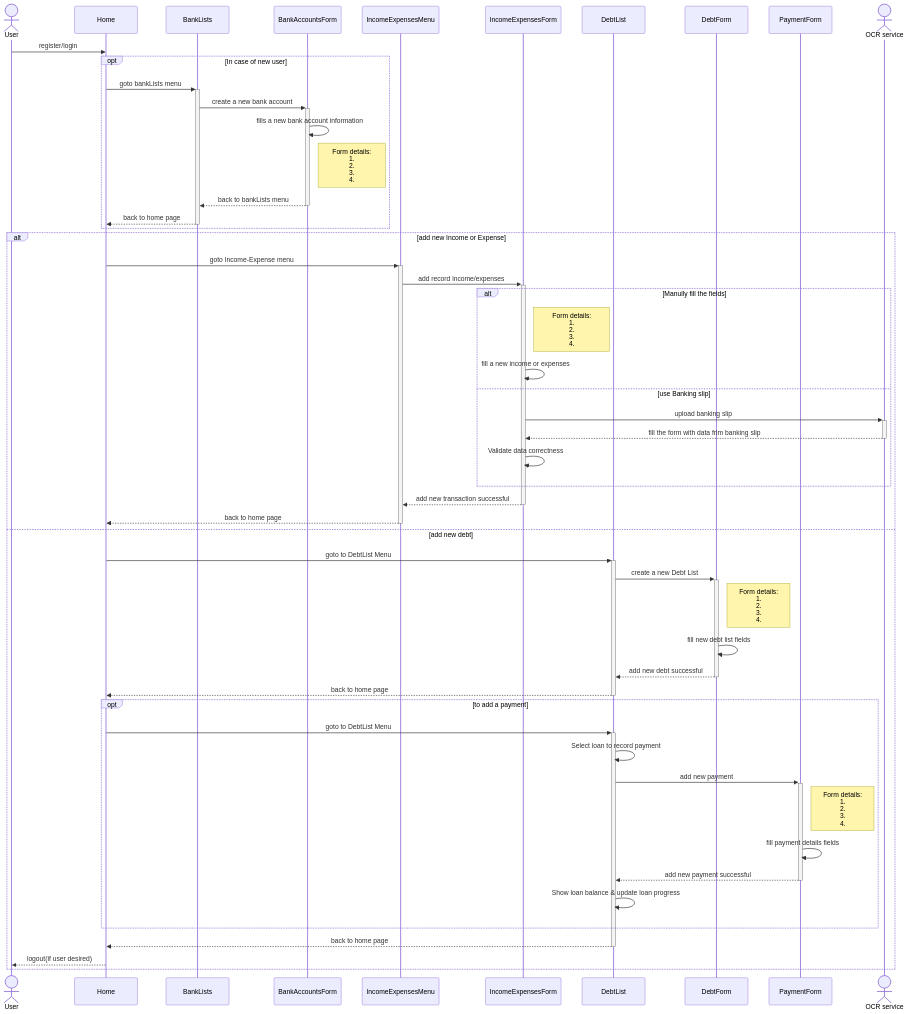
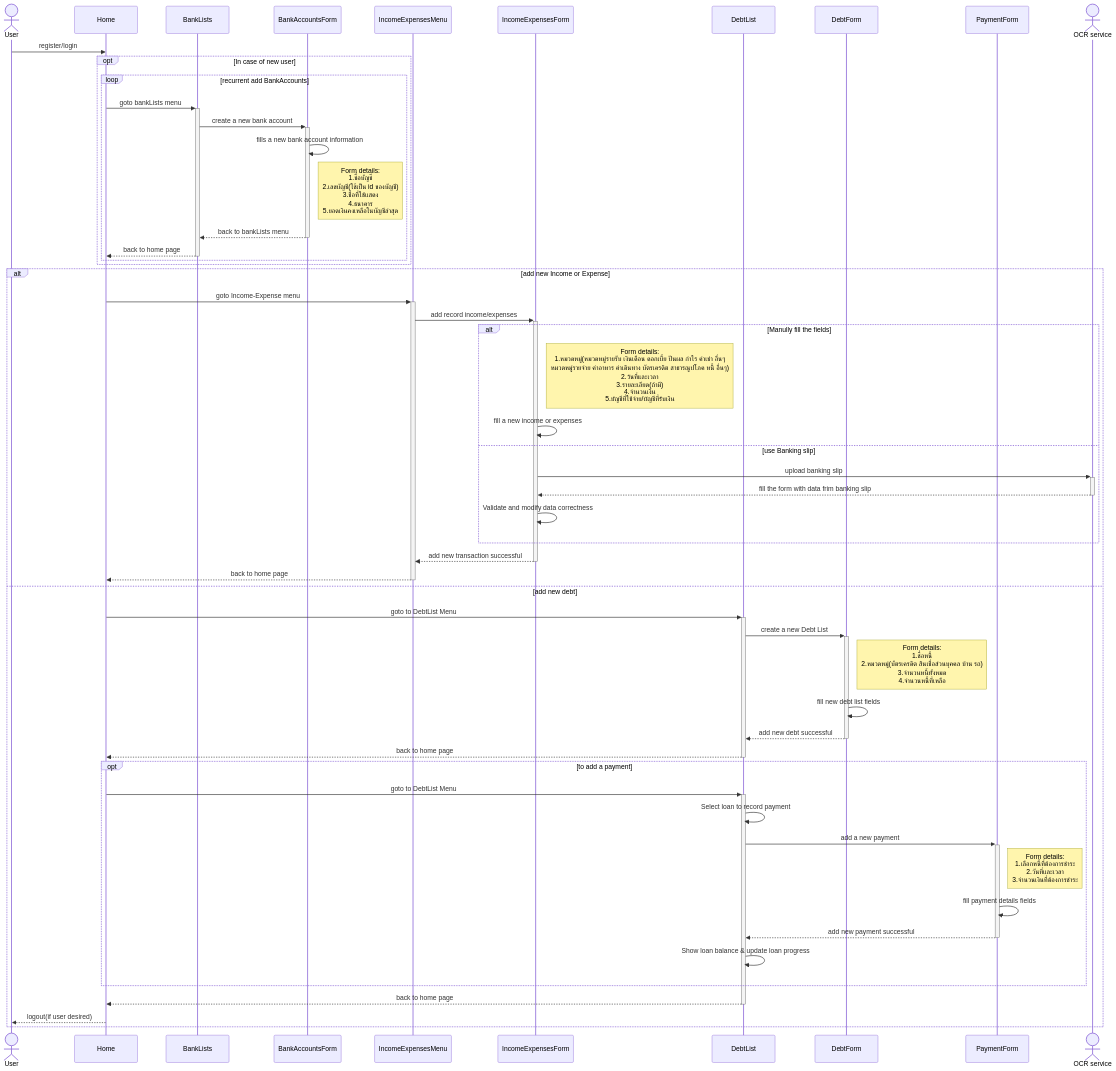
One commit to SawatKia/WealthTracking changed the diagram in design/UserFlow.mmd. Above: the diagram before and after it, drawn with Mermaid.

Commit message:
update form details

```diff
--- a/design/UserFlow.mmd
+++ b/design/UserFlow.mmd
@@ -1,53 +1,55 @@
 sequenceDiagram
     actor User
     participant Home
     participant Bank as BankLists
     participant BankAccountsForm
     participant IncomeExpensesMenu
     participant IncomeExpensesForm
     participant DebtList
     participant DebtForm
     participant PaymentForm
     actor Ocr as OCR service
 
     User->>Home: register/login
     opt In case of new user
-        Home->>+Bank: goto bankLists menu
-        Bank->>+BankAccountsForm: create a new bank account
-        BankAccountsForm->>BankAccountsForm: fills a new bank account information
-        Note right of BankAccountsForm: Form details:<br>1.<br>2.<br>3.<br>4. 
-        BankAccountsForm-->>-Bank: back to bankLists menu
-        Bank-->>-Home: back to home page
+        loop recurrent add BankAccounts
+            Home->>+Bank: goto bankLists menu
+            Bank->>+BankAccountsForm: create a new bank account
+            BankAccountsForm->>BankAccountsForm: fills a new bank account information
+            Note right of BankAccountsForm: Form details:<br>1.ชื่อบัญชี<br>2.เลขบัญชี(ใช้เป็น id ของบัญชี)<br>3.ชื่อที่ใช้แสดง<br>4.ธนาคาร<br>5.ยอดเงินคงเหลือในบัญชีล่าสุด
+            BankAccountsForm-->>-Bank: back to bankLists menu
+            Bank-->>-Home: back to home page
+        end
     end
     alt add new Income or Expense
         Home->>+IncomeExpensesMenu: goto Income-Expense menu
         IncomeExpensesMenu->>+IncomeExpensesForm: add record income/expenses
         alt Manully fill the fields
-            Note right of IncomeExpensesForm: Form details:<br>1.<br>2.<br>3.<br>4. 
+            Note right of IncomeExpensesForm: Form details:<br>1.หมวดหมู่(หมวดหมู่รายรับ เงินเดือน ดอกเบี้ย ปันผล กำไร ค่าเช่า อื่นๆ<br>หมวดหมู่รายจ่าย ค่าอาหาร ค่าเดินทาง บัตรเครดิต สาธารณูปโภค หนี้ อื่นๆ)<br>2.วันที่และเวลา<br>3.รายละเอียด(ถ้ามี)<br>4.จำนวนเงิน<br>5.บัญชีที่ใช้จ่าย/บัญชีที่รับเงิน
             IncomeExpensesForm->>IncomeExpensesForm: fill a new income or expenses
         else use Banking slip
             IncomeExpensesForm->>+Ocr: upload banking slip
             Ocr-->>-IncomeExpensesForm:fill the form with data frim banking slip
-            IncomeExpensesForm->>IncomeExpensesForm:Validate data correctness
+            IncomeExpensesForm->>IncomeExpensesForm:Validate and modify data correctness
         end
         IncomeExpensesForm-->>-IncomeExpensesMenu: add new transaction successful
         IncomeExpensesMenu-->>-Home: back to home page
     else add new debt
         Home->>+DebtList: goto to DebtList Menu
         DebtList->>+DebtForm: create a new Debt List
-        Note right of DebtForm: Form details:<br>1.<br>2.<br>3.<br>4. 
+        Note right of DebtForm: Form details:<br>1.ชื่อหนี้<br>2.หมวดหมู่(บัตรเครดิต สินเชื่อส่วนบุคคล บ้าน รถ)<br>3.จำนวนหนี้ทั้งหมด<br>4.จำนวนหนี้ที่เหลือ
         DebtForm->>DebtForm: fill new debt list fields
         DebtForm-->>-DebtList: add new debt successful
         DebtList-->>-Home: back to home page
         opt to add a payment
             Home->>+DebtList: goto to DebtList Menu
             DebtList->>DebtList: Select loan to record payment
-            DebtList->>+PaymentForm: add new payment
-            Note right of PaymentForm: Form details:<br>1.<br>2.<br>3.<br>4. 
+            DebtList->>+PaymentForm: add a new payment
+            Note right of PaymentForm: Form details:<br>1.เลือกหนี้ที่ต้องการชำระ<br>2.วันที่และเวลา<br>3.จำนวนเงินที่ต้องการชำระ
             PaymentForm->>PaymentForm: fill payment details fields
             PaymentForm-->>-DebtList: add new payment successful
             DebtList->>DebtList: Show loan balance & update loan progress
         end
         DebtList-->>-Home: back to home page
         Home-->>User: logout(if user desired)
     end
```
